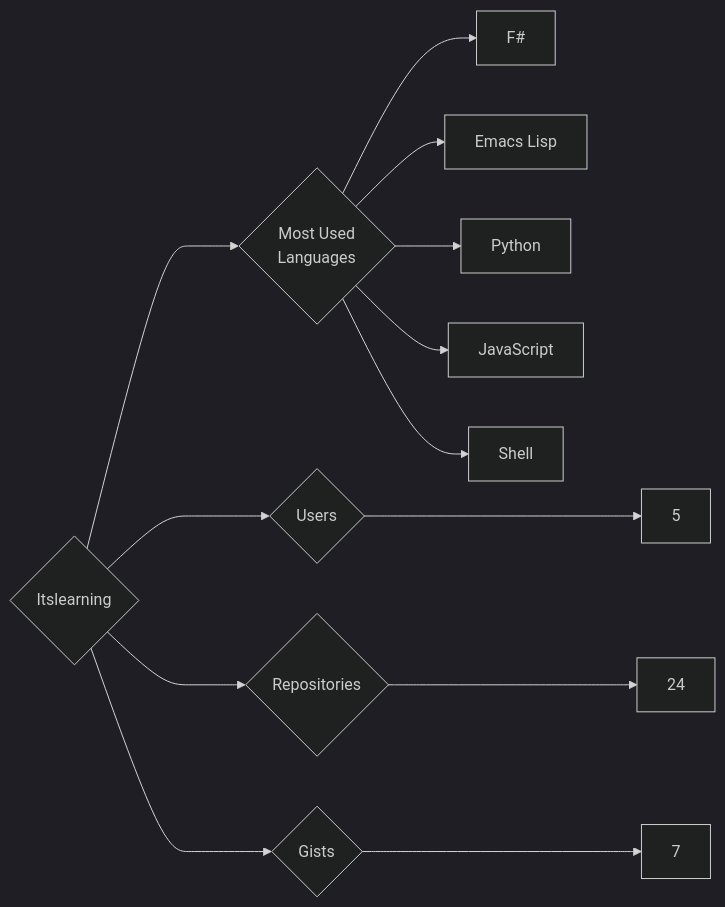
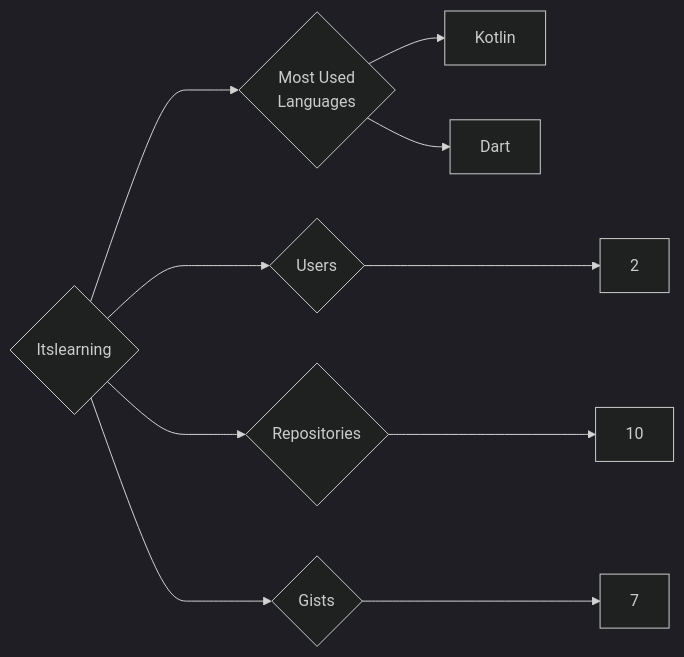
The diagram in targets/Itslearning/README.md (trickest/insiders), drawn with Mermaid (dark theme) before and after one commit. The commit also changed 899 other files, not shown here.

````diff
--- a/targets/Itslearning/README.md
+++ b/targets/Itslearning/README.md
@@ -3,13 +3,10 @@
 ```mermaid
 graph LR
 COMPANY_NAME{Itslearning}
-COMPANY_NAME ---> U{Users} ---> UN[5]
-COMPANY_NAME ---> R{Repositories} ---> RN[24]
+COMPANY_NAME ---> U{Users} ---> UN[2]
+COMPANY_NAME ---> R{Repositories} ---> RN[10]
 COMPANY_NAME ---> G{Gists} ---> GN[7]
 COMPANY_NAME ---> ML{Most Used<br>Languages}
-ML --> F#[F#]
-ML --> Emacs_Lisp[Emacs Lisp]
-ML --> Python[Python]
-ML --> JavaScript[JavaScript]
-ML --> Shell[Shell]
+ML --> Kotlin[Kotlin]
+ML --> Dart[Dart]
 ```
````
